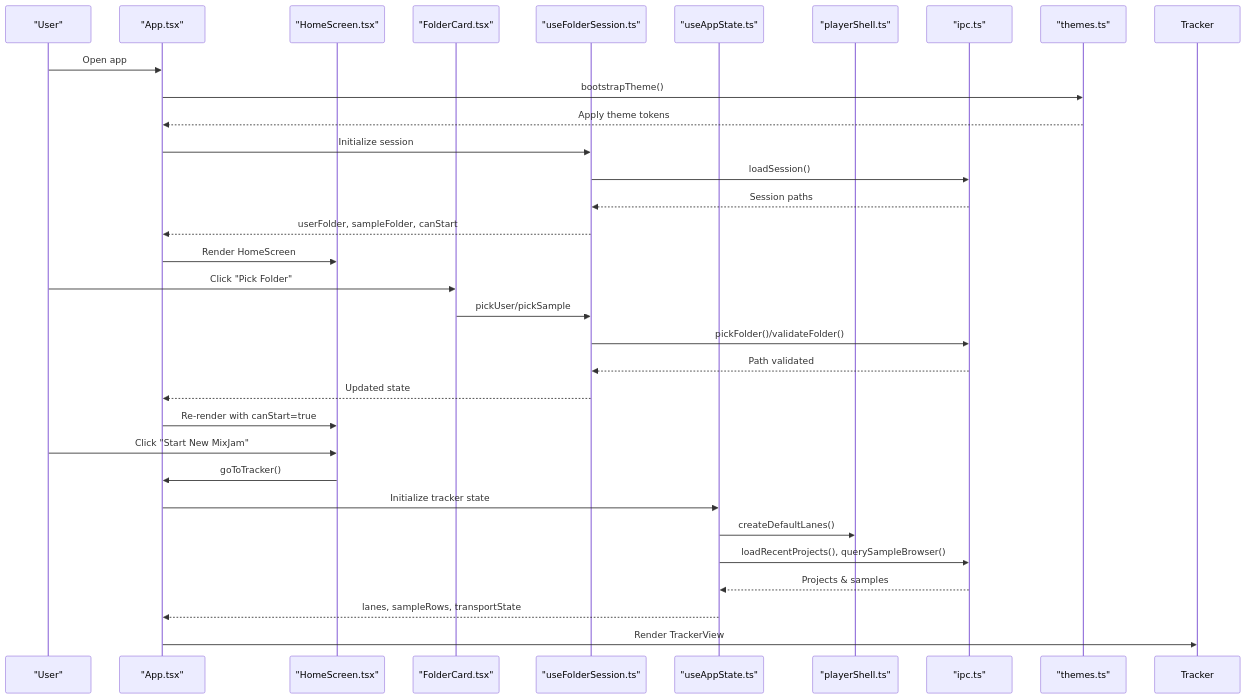
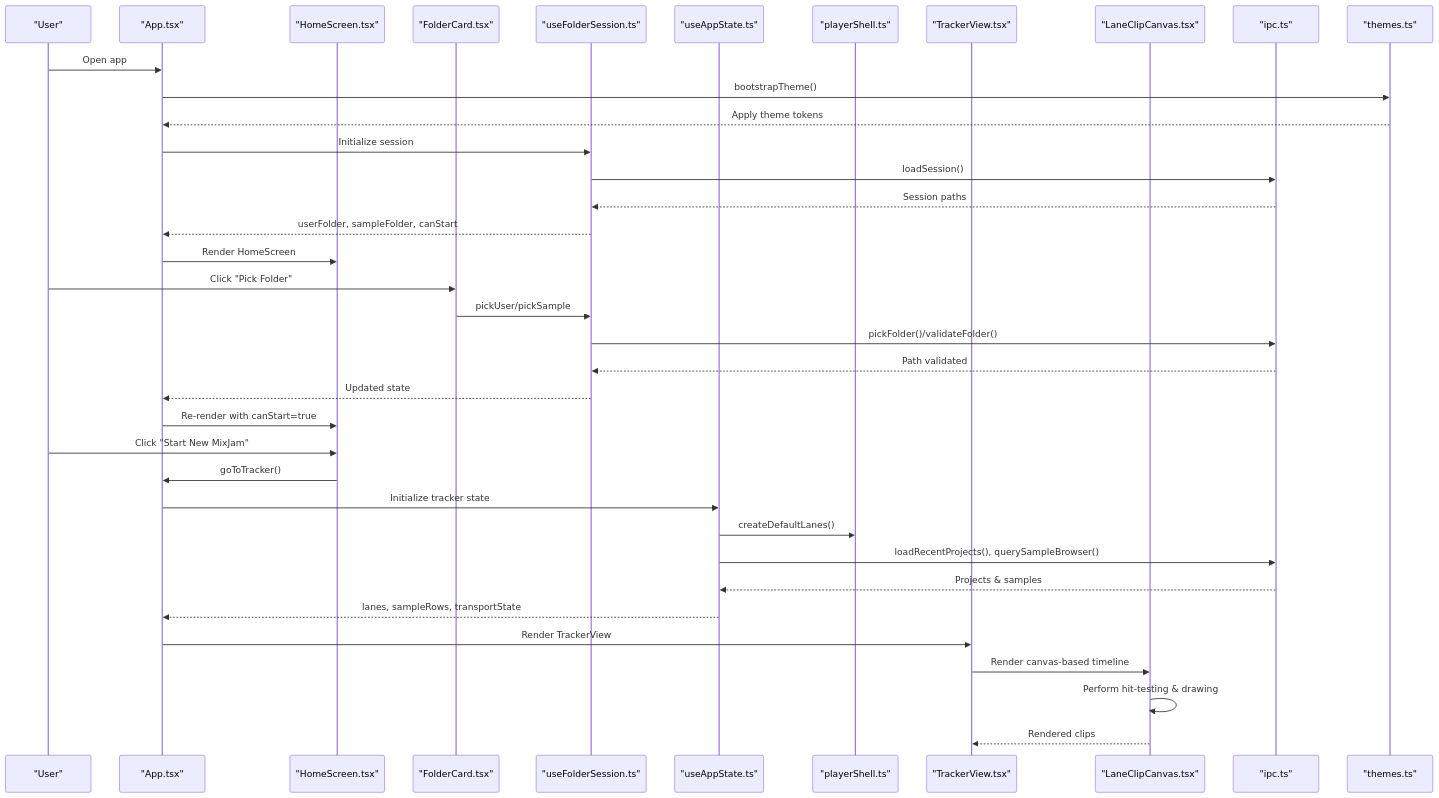
Before and after one commit to satyrlord/mixjam-electron: the second of 7 diagrams in .qoder/repowiki/en/content/Core Components/UI Components.md, drawn with Mermaid. The commit also changed other lines of this file and 14 other files, not shown here.

````diff
--- a/.qoder/repowiki/en/content/Core Components/UI Components.md
+++ b/.qoder/repowiki/en/content/Core Components/UI Components.md
@@ -92,34 +106,39 @@
 ```mermaid
 sequenceDiagram
 participant User as "User"
 participant App as "App.tsx"
 participant Home as "HomeScreen.tsx"
 participant Folder as "FolderCard.tsx"
 participant HookFS as "useFolderSession.ts"
 participant HookAS as "useAppState.ts"
 participant PS as "playerShell.ts"
+participant TV as "TrackerView.tsx"
+participant LCC as "LaneClipCanvas.tsx"
 participant IPC as "ipc.ts"
 participant Theme as "themes.ts"
 User->>App : Open app
 App->>Theme : bootstrapTheme()
 Theme-->>App : Apply theme tokens
 App->>HookFS : Initialize session
 HookFS->>IPC : loadSession()
 IPC-->>HookFS : Session paths
 HookFS-->>App : userFolder, sampleFolder, canStart
 App->>Home : Render HomeScreen
 User->>Folder : Click "Pick Folder"
 Folder->>HookFS : pickUser/pickSample
 HookFS->>IPC : pickFolder()/validateFolder()
 IPC-->>HookFS : Path validated
 HookFS-->>App : Updated state
 App->>Home : Re-render with canStart=true
 User->>Home : Click "Start New MixJam"
 Home->>App : goToTracker()
 App->>HookAS : Initialize tracker state
 HookAS->>PS : createDefaultLanes()
 HookAS->>IPC : loadRecentProjects(), querySampleBrowser()
 IPC-->>HookAS : Projects & samples
 HookAS-->>App : lanes, sampleRows, transportState
-App->>Tracker : Render TrackerView
+App->>TV : Render TrackerView
+TV->>LCC : Render canvas-based timeline
+LCC->>LCC : Perform hit-testing & drawing
+LCC-->>TV : Rendered clips
 ```
````
